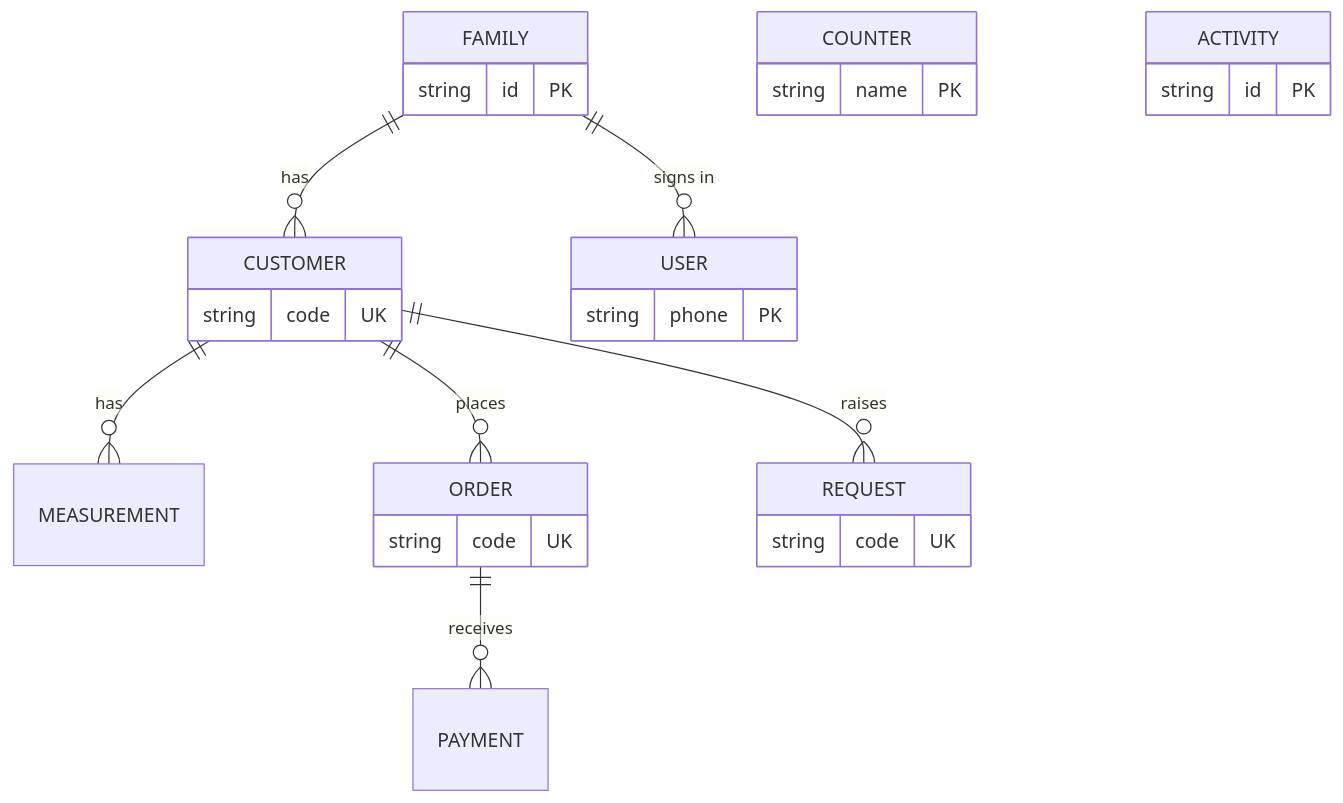
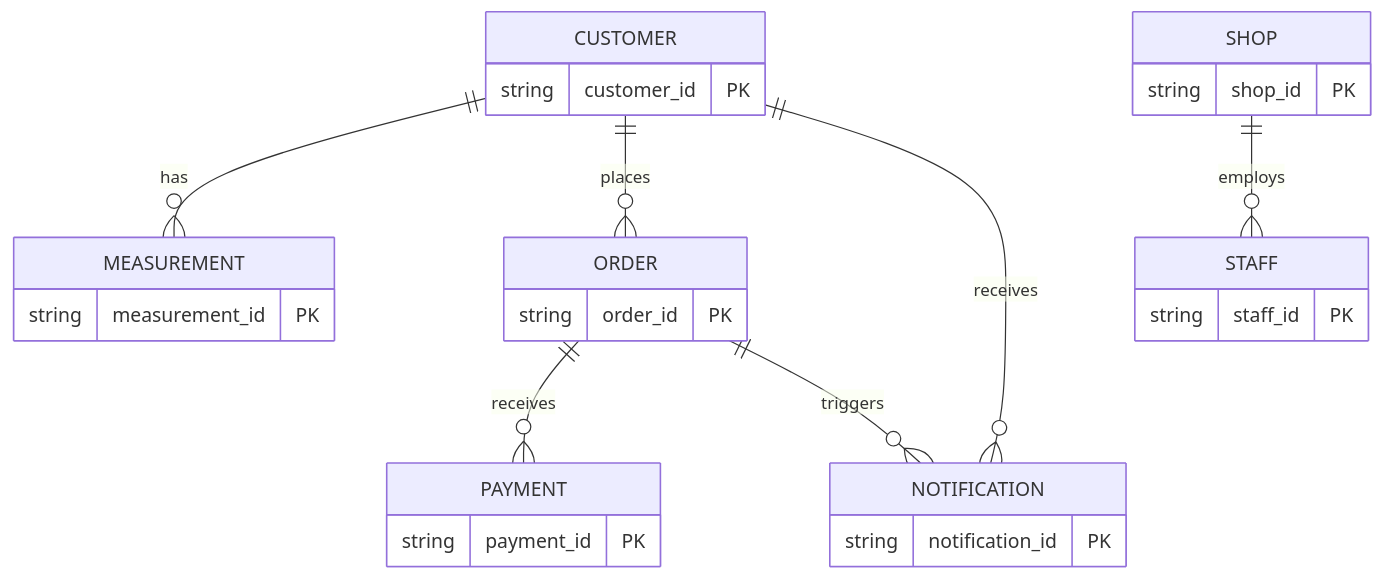
One commit to wyattstanson/silaai-studio changed the third of 3 diagrams in ARCHITECTURE.md. Above: the diagram before and after it, drawn with Mermaid. The commit also changed other lines of this file and 22 other files, not shown here.

````diff
--- a/ARCHITECTURE.md
+++ b/ARCHITECTURE.md
@@ -88,17 +98,17 @@
 ```mermaid
 erDiagram
-    FAMILY   ||--o{ CUSTOMER    : has
-    FAMILY   ||--o{ USER        : "signs in"
-    CUSTOMER ||--o{ MEASUREMENT : has
-    CUSTOMER ||--o{ ORDER       : places
-    CUSTOMER ||--o{ REQUEST     : raises
-    ORDER    ||--o{ PAYMENT     : receives
+    CUSTOMER   ||--o{ MEASUREMENT : has
+    CUSTOMER   ||--o{ ORDER       : places
+    ORDER      ||--o{ PAYMENT     : receives
+    CUSTOMER   ||--o{ NOTIFICATION: receives
+    ORDER      ||--o{ NOTIFICATION: triggers
+    SHOP       ||--o{ STAFF       : employs
 
-    FAMILY      { string id PK }
-    USER        { string phone PK }
-    CUSTOMER    { string code UK }
-    ORDER       { string code UK }
-    REQUEST     { string code UK }
-    COUNTER     { string name PK }
-    ACTIVITY    { string id PK }
+    CUSTOMER     { string customer_id PK }
+    MEASUREMENT  { string measurement_id PK }
+    ORDER        { string order_id PK }
+    PAYMENT      { string payment_id PK }
+    NOTIFICATION { string notification_id PK }
+    STAFF        { string staff_id PK }
+    SHOP         { string shop_id PK }
 ```
````
